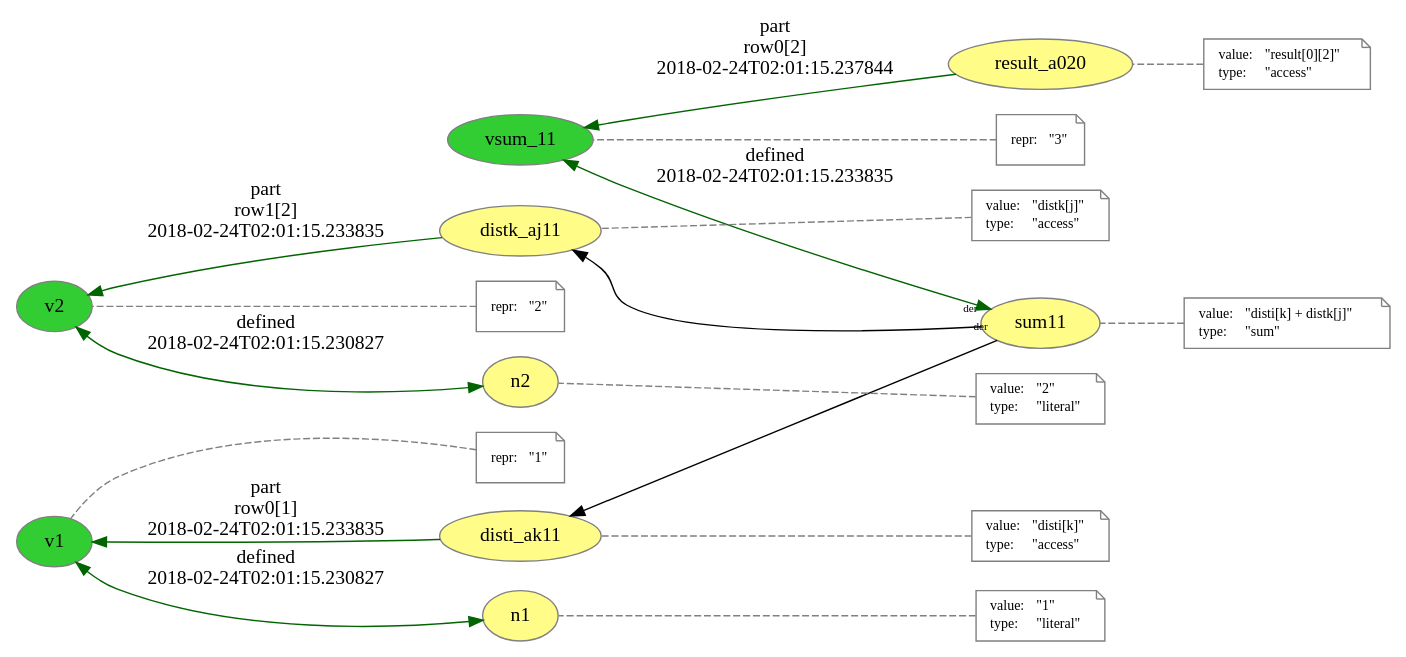
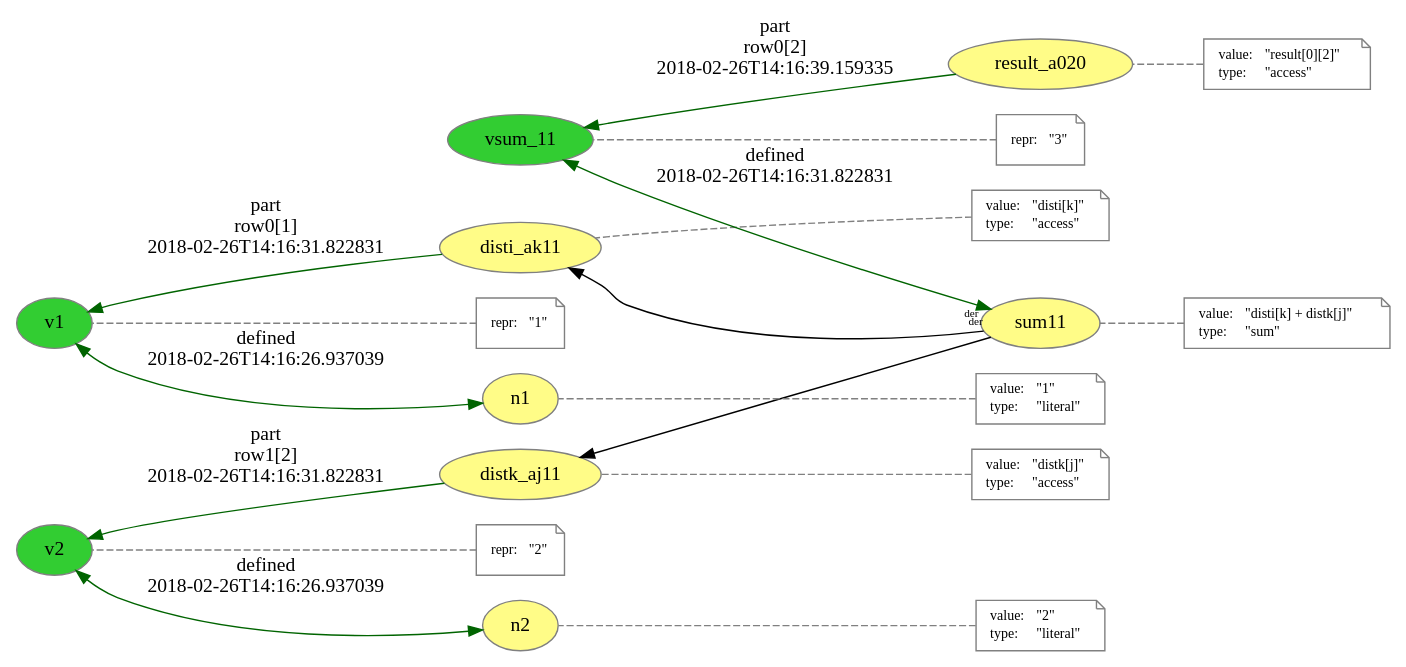
Before and after one commit to dew-uff/versioned-prov: the diagram in mutable_prov/query.dot, drawn with Graphviz. The commit also changed 486 other files, not shown here.

```diff
--- a/mutable_prov/query.dot
+++ b/mutable_prov/query.dot
@@ -1,115 +1,115 @@
 digraph "PROV" { size="16,12"; rankdir="RL";
 "http://example.org/result_a020" -> "http://example.org/vsum_11" [labelfontsize="8",labeldistance="1.5",color="darkgreen",labelangle="60.0",rotation="20",label="part
 row0[2]
-2018-02-24T02:01:15.237844"]
-"http://example.org/sum11" -> "http://example.org/distk_aj11" [labelfontsize="8",labeldistance="1.5",labelangle="60.0",rotation="20",taillabel="der"]
+2018-02-26T14:16:39.159335"]
+"http://example.org/n2" -> "http://example.org/v2" [labelfontsize="8",labeldistance="1.5",color="darkgreen",labelangle="60.0",rotation="20",label="defined
+2018-02-26T14:16:26.937039",dir="both"]
+"http://example.org/disti_ak11" [fillcolor="#FFFC87",color="#808080",style="filled",label="disti_ak11",URL="http://example.org/disti_ak11"]
+"-attrs0" [color="gray",shape="note",fontsize="10",fontcolor="black",label=<<TABLE cellpadding="0" border="0">
+	<TR>
+	    <TD align="left">value:</TD>
+	    <TD align="left">&quot;disti[k]&quot;</TD>
+	</TR>
+	<TR>
+	    <TD align="left">type:</TD>
+	    <TD align="left">&quot;access&quot;</TD>
+	</TR>
+</TABLE>>]
+"-attrs0" -> "http://example.org/disti_ak11" [color="gray",style="dashed",arrowhead="none"]
 "http://example.org/v2" [fillcolor="#32CD32",color="#808080",style="filled",label="v2",URL="http://example.org/v2"]
-"-attrs0" [color="gray",shape="note",fontsize="10",fontcolor="black",label=<<TABLE cellpadding="0" border="0">
+"-attrs1" [color="gray",shape="note",fontsize="10",fontcolor="black",label=<<TABLE cellpadding="0" border="0">
 	<TR>
 	    <TD align="left">repr:</TD>
 	    <TD align="left">&quot;2&quot;</TD>
 	</TR>
 </TABLE>>]
-"-attrs0" -> "http://example.org/v2" [color="gray",style="dashed",arrowhead="none"]
+"-attrs1" -> "http://example.org/v2" [color="gray",style="dashed",arrowhead="none"]
+"http://example.org/result_a020" [fillcolor="#FFFC87",color="#808080",style="filled",label="result_a020",URL="http://example.org/result_a020"]
+"-attrs2" [color="gray",shape="note",fontsize="10",fontcolor="black",label=<<TABLE cellpadding="0" border="0">
+	<TR>
+	    <TD align="left">value:</TD>
+	    <TD align="left">&quot;result[0][2]&quot;</TD>
+	</TR>
+	<TR>
+	    <TD align="left">type:</TD>
+	    <TD align="left">&quot;access&quot;</TD>
+	</TR>
+</TABLE>>]
+"-attrs2" -> "http://example.org/result_a020" [color="gray",style="dashed",arrowhead="none"]
+"http://example.org/sum11" [fillcolor="#FFFC87",color="#808080",style="filled",label="sum11",URL="http://example.org/sum11"]
+"-attrs3" [color="gray",shape="note",fontsize="10",fontcolor="black",label=<<TABLE cellpadding="0" border="0">
+	<TR>
+	    <TD align="left">value:</TD>
+	    <TD align="left">&quot;disti[k] + distk[j]&quot;</TD>
+	</TR>
+	<TR>
+	    <TD align="left">type:</TD>
+	    <TD align="left">&quot;sum&quot;</TD>
+	</TR>
+</TABLE>>]
+"-attrs3" -> "http://example.org/sum11" [color="gray",style="dashed",arrowhead="none"]
+"http://example.org/disti_ak11" -> "http://example.org/v1" [labelfontsize="8",labeldistance="1.5",color="darkgreen",labelangle="60.0",rotation="20",label="part
+row0[1]
+2018-02-26T14:16:31.822831"]
+"http://example.org/v1" [fillcolor="#32CD32",color="#808080",style="filled",label="v1",URL="http://example.org/v1"]
+"-attrs4" [color="gray",shape="note",fontsize="10",fontcolor="black",label=<<TABLE cellpadding="0" border="0">
+	<TR>
+	    <TD align="left">repr:</TD>
+	    <TD align="left">&quot;1&quot;</TD>
+	</TR>
+</TABLE>>]
+"-attrs4" -> "http://example.org/v1" [color="gray",style="dashed",arrowhead="none"]
+"http://example.org/sum11" -> "http://example.org/vsum_11" [labelfontsize="8",labeldistance="1.5",color="darkgreen",labelangle="60.0",rotation="20",label="defined
+2018-02-26T14:16:31.822831",dir="both"]
+"http://example.org/sum11" -> "http://example.org/disti_ak11" [labelfontsize="8",labeldistance="1.5",labelangle="60.0",rotation="20",taillabel="der"]
+"http://example.org/n2" [fillcolor="#FFFC87",color="#808080",style="filled",label="n2",URL="http://example.org/n2"]
+"-attrs5" [color="gray",shape="note",fontsize="10",fontcolor="black",label=<<TABLE cellpadding="0" border="0">
+	<TR>
+	    <TD align="left">value:</TD>
+	    <TD align="left">&quot;2&quot;</TD>
+	</TR>
+	<TR>
+	    <TD align="left">type:</TD>
+	    <TD align="left">&quot;literal&quot;</TD>
+	</TR>
+</TABLE>>]
+"-attrs5" -> "http://example.org/n2" [color="gray",style="dashed",arrowhead="none"]
+"http://example.org/distk_aj11" -> "http://example.org/v2" [labelfontsize="8",labeldistance="1.5",color="darkgreen",labelangle="60.0",rotation="20",label="part
+row1[2]
+2018-02-26T14:16:31.822831"]
+"http://example.org/n1" -> "http://example.org/v1" [labelfontsize="8",labeldistance="1.5",color="darkgreen",labelangle="60.0",rotation="20",label="defined
+2018-02-26T14:16:26.937039",dir="both"]
+"http://example.org/sum11" -> "http://example.org/distk_aj11" [labelfontsize="8",labeldistance="1.5",labelangle="60.0",rotation="20",taillabel="der"]
+"http://example.org/vsum_11" [fillcolor="#32CD32",color="#808080",style="filled",label="vsum_11",URL="http://example.org/vsum_11"]
+"-attrs6" [color="gray",shape="note",fontsize="10",fontcolor="black",label=<<TABLE cellpadding="0" border="0">
+	<TR>
+	    <TD align="left">repr:</TD>
+	    <TD align="left">&quot;3&quot;</TD>
+	</TR>
+</TABLE>>]
+"-attrs6" -> "http://example.org/vsum_11" [color="gray",style="dashed",arrowhead="none"]
 "http://example.org/n1" [fillcolor="#FFFC87",color="#808080",style="filled",label="n1",URL="http://example.org/n1"]
-"-attrs1" [color="gray",shape="note",fontsize="10",fontcolor="black",label=<<TABLE cellpadding="0" border="0">
+"-attrs7" [color="gray",shape="note",fontsize="10",fontcolor="black",label=<<TABLE cellpadding="0" border="0">
 	<TR>
 	    <TD align="left">value:</TD>
 	    <TD align="left">&quot;1&quot;</TD>
 	</TR>
 	<TR>
 	    <TD align="left">type:</TD>
 	    <TD align="left">&quot;literal&quot;</TD>
 	</TR>
 </TABLE>>]
-"-attrs1" -> "http://example.org/n1" [color="gray",style="dashed",arrowhead="none"]
-"http://example.org/disti_ak11" -> "http://example.org/v1" [labelfontsize="8",labeldistance="1.5",color="darkgreen",labelangle="60.0",rotation="20",label="part
-row0[1]
-2018-02-24T02:01:15.233835"]
-"http://example.org/n1" -> "http://example.org/v1" [labelfontsize="8",labeldistance="1.5",color="darkgreen",labelangle="60.0",rotation="20",label="defined
-2018-02-24T02:01:15.230827",dir="both"]
-"http://example.org/vsum_11" [fillcolor="#32CD32",color="#808080",style="filled",label="vsum_11",URL="http://example.org/vsum_11"]
-"-attrs2" [color="gray",shape="note",fontsize="10",fontcolor="black",label=<<TABLE cellpadding="0" border="0">
-	<TR>
-	    <TD align="left">repr:</TD>
-	    <TD align="left">&quot;3&quot;</TD>
-	</TR>
-</TABLE>>]
-"-attrs2" -> "http://example.org/vsum_11" [color="gray",style="dashed",arrowhead="none"]
+"-attrs7" -> "http://example.org/n1" [color="gray",style="dashed",arrowhead="none"]
 "http://example.org/distk_aj11" [fillcolor="#FFFC87",color="#808080",style="filled",label="distk_aj11",URL="http://example.org/distk_aj11"]
-"-attrs3" [color="gray",shape="note",fontsize="10",fontcolor="black",label=<<TABLE cellpadding="0" border="0">
+"-attrs8" [color="gray",shape="note",fontsize="10",fontcolor="black",label=<<TABLE cellpadding="0" border="0">
 	<TR>
 	    <TD align="left">value:</TD>
 	    <TD align="left">&quot;distk[j]&quot;</TD>
 	</TR>
 	<TR>
 	    <TD align="left">type:</TD>
 	    <TD align="left">&quot;access&quot;</TD>
 	</TR>
 </TABLE>>]
-"-attrs3" -> "http://example.org/distk_aj11" [color="gray",style="dashed",arrowhead="none"]
-"http://example.org/sum11" [fillcolor="#FFFC87",color="#808080",style="filled",label="sum11",URL="http://example.org/sum11"]
-"-attrs4" [color="gray",shape="note",fontsize="10",fontcolor="black",label=<<TABLE cellpadding="0" border="0">
-	<TR>
-	    <TD align="left">value:</TD>
-	    <TD align="left">&quot;disti[k] + distk[j]&quot;</TD>
-	</TR>
-	<TR>
-	    <TD align="left">type:</TD>
-	    <TD align="left">&quot;sum&quot;</TD>
-	</TR>
-</TABLE>>]
-"-attrs4" -> "http://example.org/sum11" [color="gray",style="dashed",arrowhead="none"]
-"http://example.org/v1" [fillcolor="#32CD32",color="#808080",style="filled",label="v1",URL="http://example.org/v1"]
-"-attrs5" [color="gray",shape="note",fontsize="10",fontcolor="black",label=<<TABLE cellpadding="0" border="0">
-	<TR>
-	    <TD align="left">repr:</TD>
-	    <TD align="left">&quot;1&quot;</TD>
-	</TR>
-</TABLE>>]
-"-attrs5" -> "http://example.org/v1" [color="gray",style="dashed",arrowhead="none"]
-"http://example.org/distk_aj11" -> "http://example.org/v2" [labelfontsize="8",labeldistance="1.5",color="darkgreen",labelangle="60.0",rotation="20",label="part
-row1[2]
-2018-02-24T02:01:15.233835"]
-"http://example.org/result_a020" [fillcolor="#FFFC87",color="#808080",style="filled",label="result_a020",URL="http://example.org/result_a020"]
-"-attrs6" [color="gray",shape="note",fontsize="10",fontcolor="black",label=<<TABLE cellpadding="0" border="0">
-	<TR>
-	    <TD align="left">value:</TD>
-	    <TD align="left">&quot;result[0][2]&quot;</TD>
-	</TR>
-	<TR>
-	    <TD align="left">type:</TD>
-	    <TD align="left">&quot;access&quot;</TD>
-	</TR>
-</TABLE>>]
-"-attrs6" -> "http://example.org/result_a020" [color="gray",style="dashed",arrowhead="none"]
-"http://example.org/sum11" -> "http://example.org/disti_ak11" [labelfontsize="8",labeldistance="1.5",labelangle="60.0",rotation="20",taillabel="der"]
-"http://example.org/disti_ak11" [fillcolor="#FFFC87",color="#808080",style="filled",label="disti_ak11",URL="http://example.org/disti_ak11"]
-"-attrs7" [color="gray",shape="note",fontsize="10",fontcolor="black",label=<<TABLE cellpadding="0" border="0">
-	<TR>
-	    <TD align="left">value:</TD>
-	    <TD align="left">&quot;disti[k]&quot;</TD>
-	</TR>
-	<TR>
-	    <TD align="left">type:</TD>
-	    <TD align="left">&quot;access&quot;</TD>
-	</TR>
-</TABLE>>]
-"-attrs7" -> "http://example.org/disti_ak11" [color="gray",style="dashed",arrowhead="none"]
-"http://example.org/n2" [fillcolor="#FFFC87",color="#808080",style="filled",label="n2",URL="http://example.org/n2"]
-"-attrs8" [color="gray",shape="note",fontsize="10",fontcolor="black",label=<<TABLE cellpadding="0" border="0">
-	<TR>
-	    <TD align="left">value:</TD>
-	    <TD align="left">&quot;2&quot;</TD>
-	</TR>
-	<TR>
-	    <TD align="left">type:</TD>
-	    <TD align="left">&quot;literal&quot;</TD>
-	</TR>
-</TABLE>>]
-"-attrs8" -> "http://example.org/n2" [color="gray",style="dashed",arrowhead="none"]
-"http://example.org/sum11" -> "http://example.org/vsum_11" [labelfontsize="8",labeldistance="1.5",color="darkgreen",labelangle="60.0",rotation="20",label="defined
-2018-02-24T02:01:15.233835",dir="both"]
-"http://example.org/n2" -> "http://example.org/v2" [labelfontsize="8",labeldistance="1.5",color="darkgreen",labelangle="60.0",rotation="20",label="defined
-2018-02-24T02:01:15.230827",dir="both"]
+"-attrs8" -> "http://example.org/distk_aj11" [color="gray",style="dashed",arrowhead="none"]
 }
```
